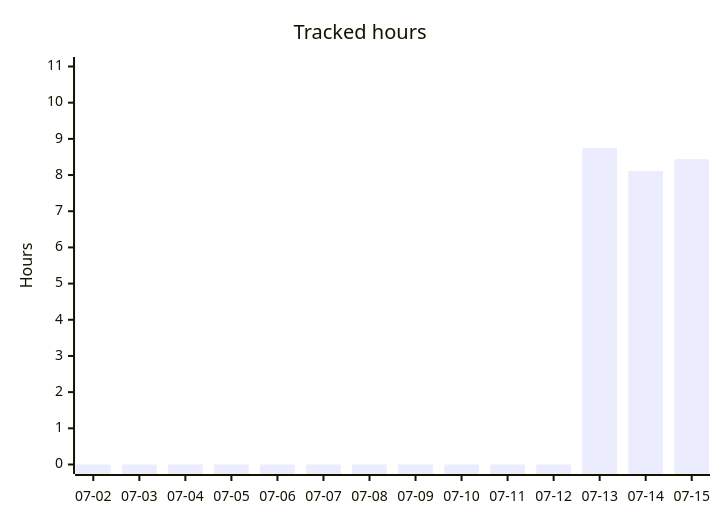
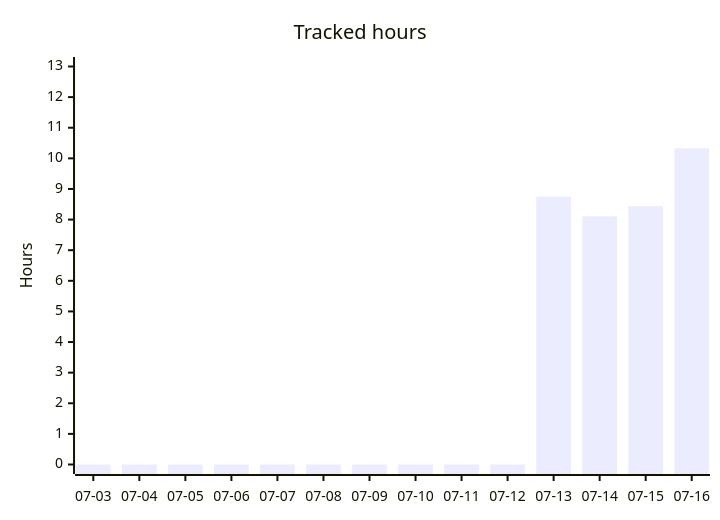
One commit to albinforsberg-netizen/timeclock changed the second of 5 diagrams in README.org. Above: the diagram before and after it, drawn with Mermaid. The commit also changed other lines of this file, not shown here.

```diff
--- a/README.org
+++ b/README.org
@@ -90,7 +91,7 @@
 #+begin_src mermaid
 xychart-beta
     title "Tracked hours"
-    x-axis ["07-02", "07-03", "07-04", "07-05", "07-06", "07-07", "07-08", "07-09", "07-10", "07-11", "07-12", "07-13", "07-14", "07-15"]
-    y-axis "Hours" 0 --> 11
-    bar [0.00, 0.00, 0.00, 0.00, 0.00, 0.00, 0.00, 0.00, 0.00, 0.00, 0.00, 8.75, 8.11, 8.44]
+    x-axis ["07-03", "07-04", "07-05", "07-06", "07-07", "07-08", "07-09", "07-10", "07-11", "07-12", "07-13", "07-14", "07-15", "07-16"]
+    y-axis "Hours" 0 --> 13
+    bar [0.00, 0.00, 0.00, 0.00, 0.00, 0.00, 0.00, 0.00, 0.00, 0.00, 8.75, 8.11, 8.44, 10.33]
 #+end_src
```
